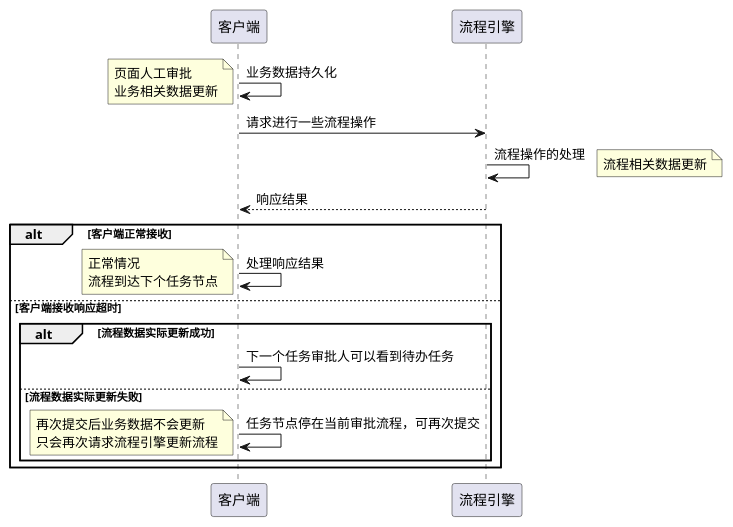
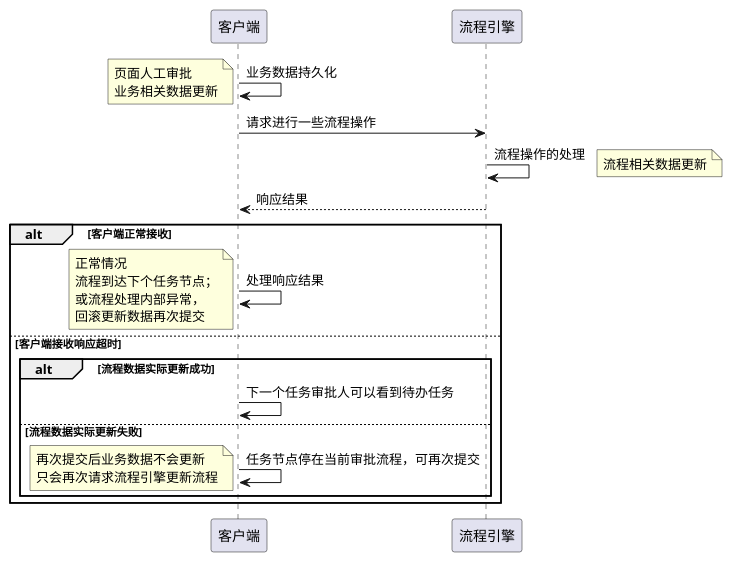
One commit to cmgun/spring-activiti changed the diagram in docs/系统交互流程/无状态的二阶段交互过程.puml. Above: the diagram before and after it, drawn with PlantUML. The commit also changed 1 other file, not shown here.

```diff
--- a/docs/系统交互流程/无状态的二阶段交互过程.puml
+++ b/docs/系统交互流程/无状态的二阶段交互过程.puml
@@ -1,31 +1,33 @@
 @startuml
 客户端 -> 客户端 : 业务数据持久化
 note left
     页面人工审批
     业务相关数据更新
 end note
 客户端 -> 流程引擎 : 请求进行一些流程操作
 流程引擎 -> 流程引擎 : 流程操作的处理
 note right
     流程相关数据更新
 end note
 客户端 <-- 流程引擎 : 响应结果
 alt 客户端正常接收
     客户端 -> 客户端 : 处理响应结果
     note left
         正常情况
-        流程到达下个任务节点
+        流程到达下个任务节点；
+        或流程处理内部异常，
+        回滚更新数据再次提交
     end note
 else 客户端接收响应超时
     alt 流程数据实际更新成功
         客户端 -> 客户端 : 下一个任务审批人可以看到待办任务
     else 流程数据实际更新失败
         客户端 -> 客户端 : 任务节点停在当前审批流程，可再次提交
         note left
             再次提交后业务数据不会更新
             只会再次请求流程引擎更新流程
         end note
     end alt
 end alt
 
 @enduml
```
